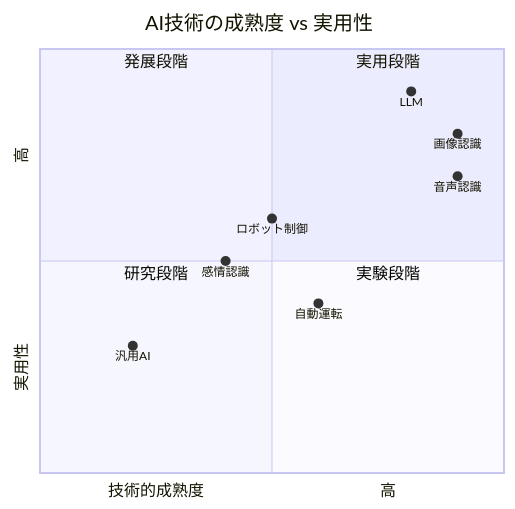
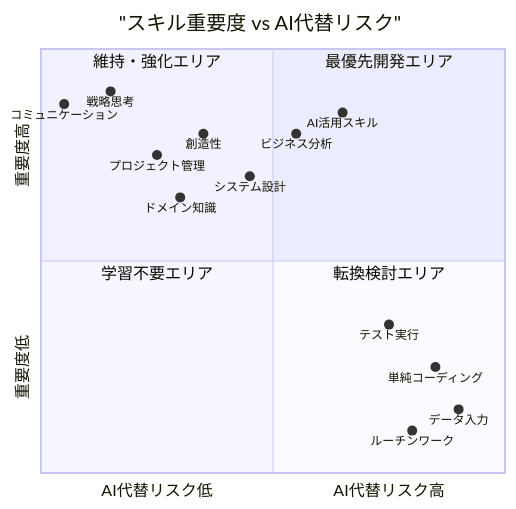
Before and after one commit to office8-inc/knowledge-management: the fifth of 6 diagrams in docs/public/ai-future/ai-robot-future-prediction.md, drawn with Mermaid. The commit also changed other lines of this file, not shown here.

````diff
--- a/docs/public/ai-future/ai-robot-future-prediction.md
+++ b/docs/public/ai-future/ai-robot-future-prediction.md
@@ -22,19 +155,24 @@
 ```mermaid
 quadrantChart
-    title AI技術の成熟度 vs 実用性
-    x-axis 技術的成熟度 --> 高
-    y-axis 実用性 --> 高
+    title "スキル重要度 vs AI代替リスク"
+    x-axis "AI代替リスク低" --> "AI代替リスク高"
+    y-axis "重要度低" --> "重要度高"
     
-    quadrant-1 実用段階
-    quadrant-2 発展段階
-    quadrant-3 研究段階
-    quadrant-4 実験段階
+    quadrant-1 "最優先開発エリア"
+    quadrant-2 "維持・強化エリア"
+    quadrant-3 "学習不要エリア"
+    quadrant-4 "転換検討エリア"
     
-    LLM: [0.8, 0.9]
-    画像認識: [0.9, 0.8]
-    音声認識: [0.9, 0.7]
-    自動運転: [0.6, 0.4]
-    汎用AI: [0.2, 0.3]
-    ロボット制御: [0.5, 0.6]
-    感情認識: [0.4, 0.5]
+    "戦略思考": [0.15, 0.9]
+    "コミュニケーション": [0.05, 0.87]
+    "プロジェクト管理": [0.25, 0.75]
+    "創造性": [0.35, 0.8]
+    "AI活用スキル": [0.65, 0.85]
+    "ビジネス分析": [0.55, 0.8]
+    "ドメイン知識": [0.3, 0.65]
+    "システム設計": [0.45, 0.7]
+    "テスト実行": [0.75, 0.35]
+    "単純コーディング": [0.85, 0.25]
+    "データ入力": [0.9, 0.15]
+    "ルーチンワーク": [0.8, 0.1]
 ```
````
